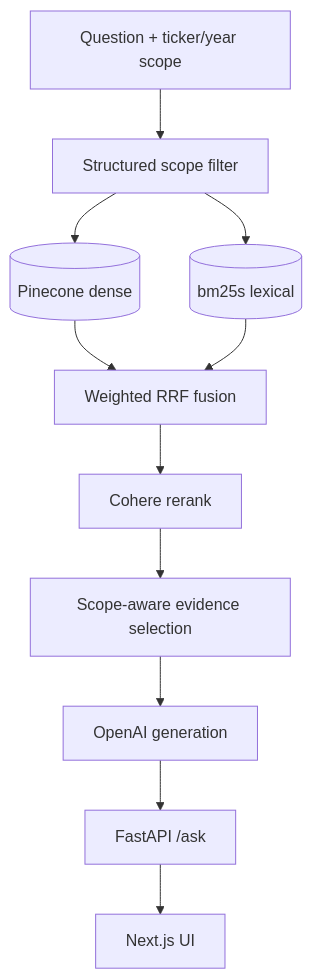
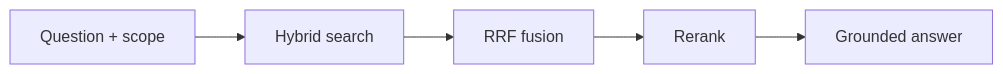
The second of 2 diagrams in README.md (Rishi-creator-11/sec-rag-engine), drawn with Mermaid before and after one commit. The commit also changed other lines of this file, not shown here.

Commit message:
Shrink README diagrams back to horizontal, fewer nodes
The two-diagram TD layout rendered too tall on GitHub. Back to LR
but collapsed to 3-4 short nodes each so they fit without the
zoom/pan controls; retrieval detail (RRF K, rerank model, scoping)
stays in the bullet list underneath instead of the diagram itself.

````diff
--- a/README.md
+++ b/README.md
@@ -88,13 +86,7 @@
 ```mermaid
-flowchart TD
-    Q[Question + ticker/year scope] --> S[Structured scope filter]
-    S --> E[(Pinecone dense)]
-    S --> F[(bm25s lexical)]
-    E --> R[Weighted RRF fusion]
-    F --> R
-    R --> K[Cohere rerank]
-    K --> V[Scope-aware evidence selection]
-    V --> G[OpenAI generation]
-    G --> API[FastAPI /ask]
-    API --> UI[Next.js UI]
+flowchart LR
+    Q[Question + scope] --> H[Hybrid search]
+    H --> R[RRF fusion]
+    R --> K[Rerank]
+    K --> G[Grounded answer]
 ```
````
